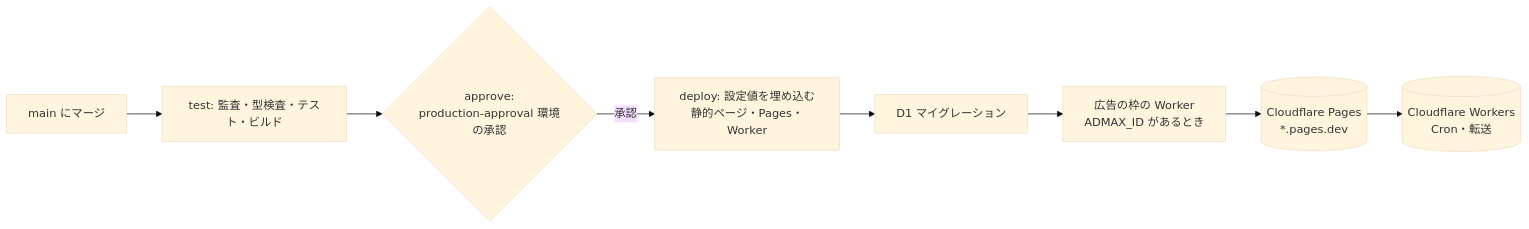
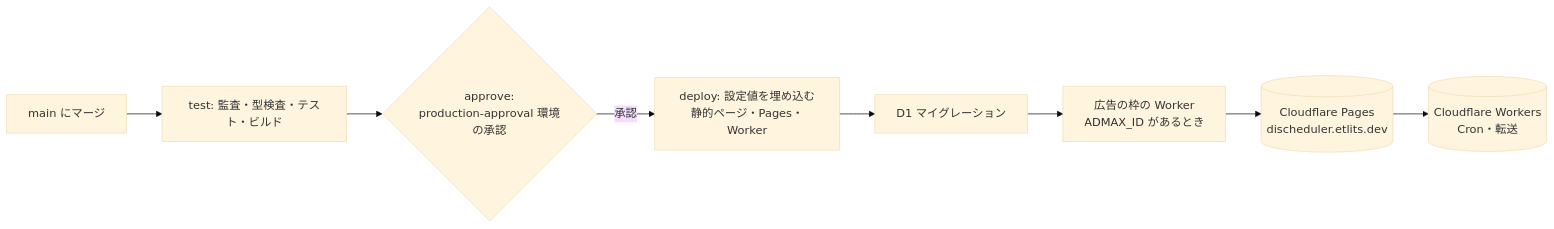
One commit to etlit-r/DIscheduler changed the fifth of 5 diagrams in docs/design.md. Above: the diagram before and after it, drawn with Mermaid (base theme). The commit also changed other lines of this file and 10 other files, not shown here.

First line of the commit message:
独自ドメインに移す（本体は discheduler.etlits.dev、広告の枠は ads.etlits.dev）

````diff
--- a/docs/design.md
+++ b/docs/design.md
@@ -1266,10 +1270,10 @@
 ```mermaid
 flowchart LR
   M[main にマージ] --> T[test: 監査・型検査・テスト・ビルド]
   T --> A{approve:<br/>production-approval 環境の承認}
   A -- 承認 --> R[deploy: 設定値を埋め込む<br/>静的ページ・Pages・Worker]
   R --> MG[D1 マイグレーション]
   MG --> AD[広告の枠の Worker<br/>ADMAX_ID があるとき]
-  AD --> P[(Cloudflare Pages<br/>*.pages.dev)]
+  AD --> P[(Cloudflare Pages<br/>discheduler.etlits.dev)]
   P --> W[(Cloudflare Workers<br/>Cron・転送)]
 ```
````
